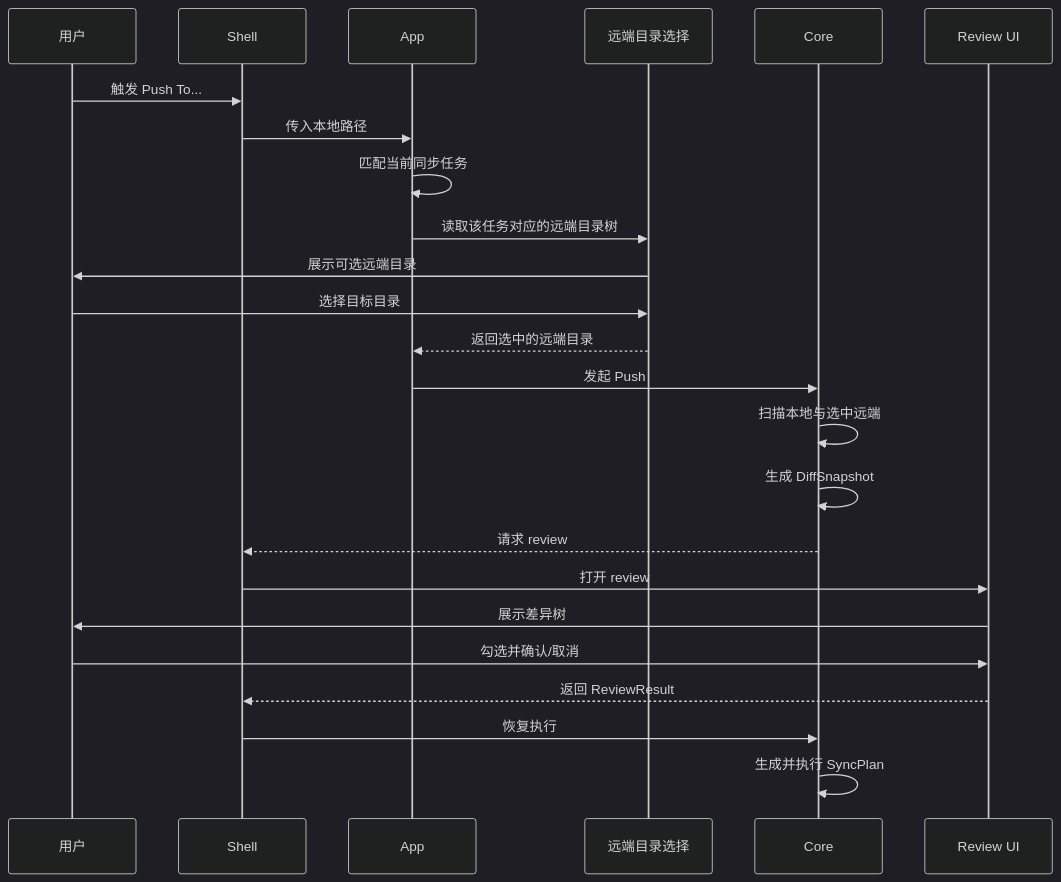
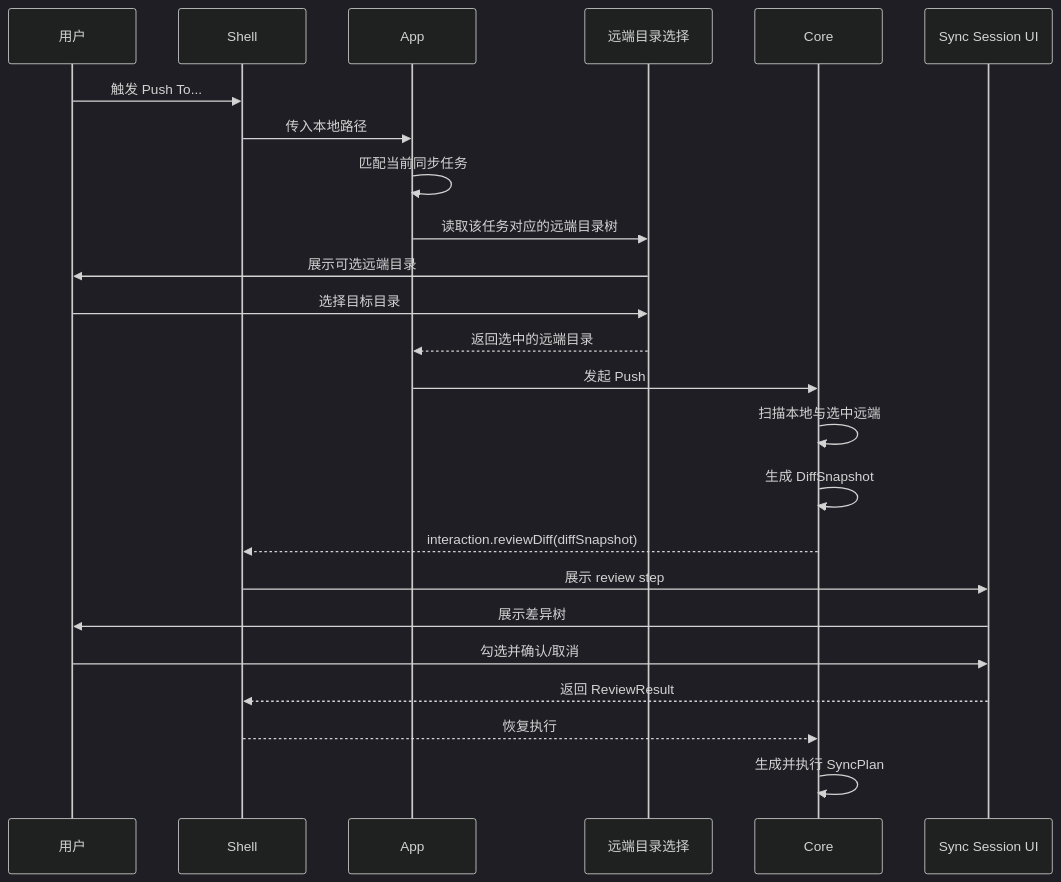
One commit to agalloch21/sync-with-rclone changed the sixth of 10 diagrams in docs/Flows.md. Above: the diagram before and after it, drawn with Mermaid (dark theme). The commit also changed other lines of this file and 2 other files, not shown here.

````diff
--- a/docs/Flows.md
+++ b/docs/Flows.md
@@ -132,27 +135,27 @@
 ```mermaid
 sequenceDiagram
   participant U as 用户
   participant S as Shell
   participant A as App
   participant T as 远端目录选择
   participant C as Core
-  participant R as Review UI
+  participant W as Sync Session UI
 
   U->>S: 触发 Push To...
   S->>A: 传入本地路径
   A->>A: 匹配当前同步任务
   A->>T: 读取该任务对应的远端目录树
   T->>U: 展示可选远端目录
   U->>T: 选择目标目录
   T-->>A: 返回选中的远端目录
   A->>C: 发起 Push
   C->>C: 扫描本地与选中远端
   C->>C: 生成 DiffSnapshot
-  C-->>S: 请求 review
-  S->>R: 打开 review
-  R->>U: 展示差异树
-  U->>R: 勾选并确认/取消
-  R-->>S: 返回 ReviewResult
-  S->>C: 恢复执行
+  C-->>S: interaction.reviewDiff(diffSnapshot)
+  S->>W: 展示 review step
+  W->>U: 展示差异树
+  U->>W: 勾选并确认/取消
+  W-->>S: 返回 ReviewResult
+  S-->>C: 恢复执行
   C->>C: 生成并执行 SyncPlan
 ```
````
